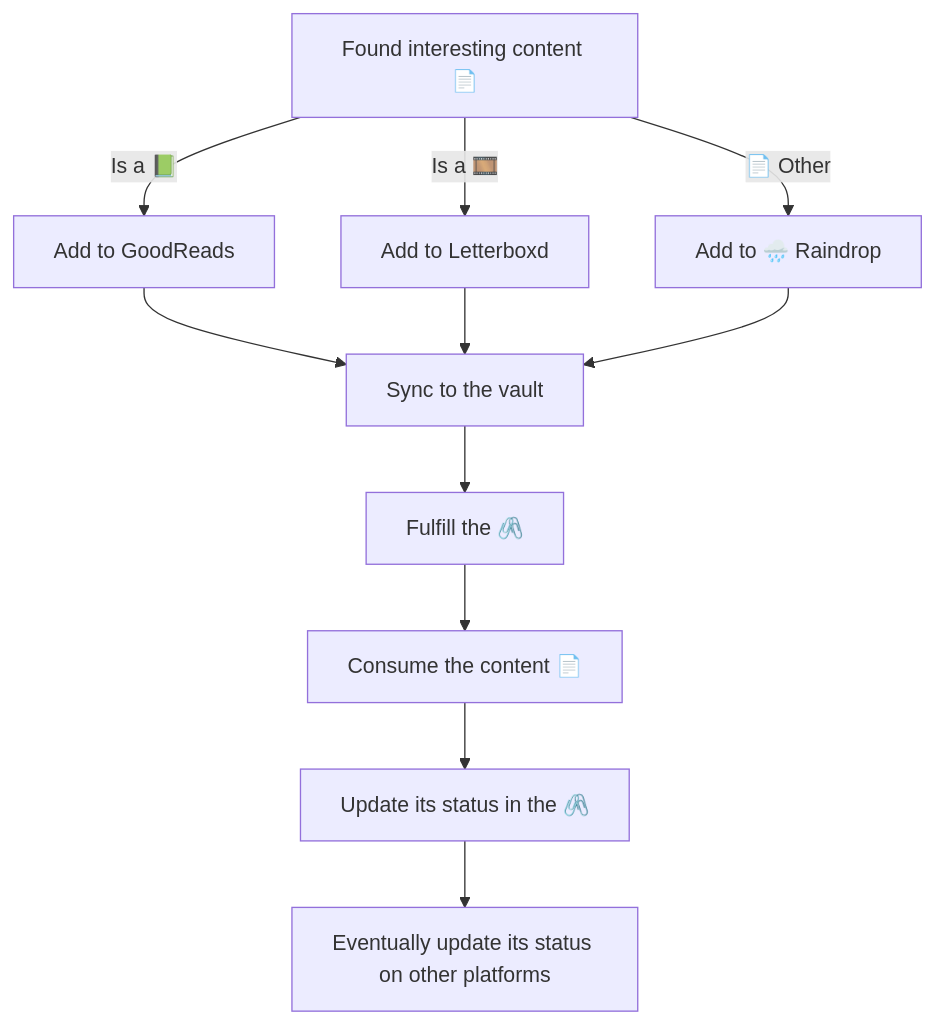
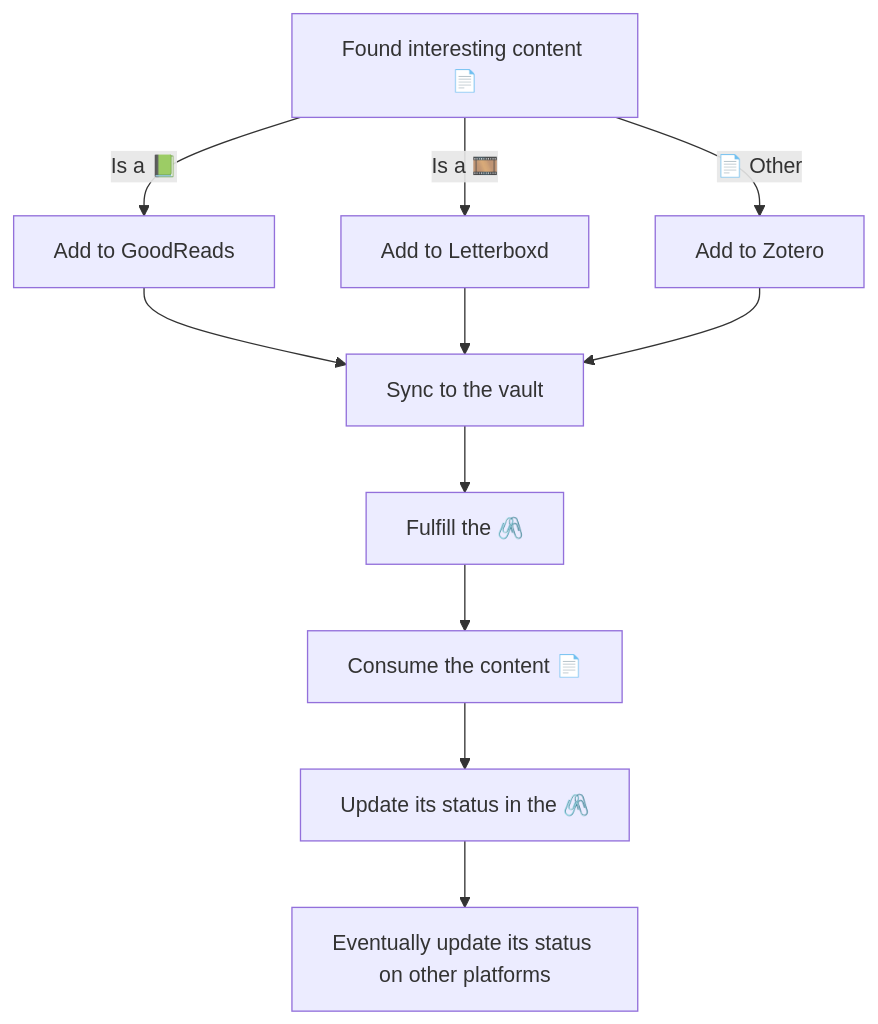
Before and after one commit to estebanthi/mindtopia: the diagram in src/site/notes/20 Me/24 Workflows/References.md, drawn with Mermaid.

Commit message:
Update note 20 Me/24 Workflows/References.md

````diff
--- a/src/site/notes/20 Me/24 Workflows/References.md
+++ b/src/site/notes/20 Me/24 Workflows/References.md
@@ -10,14 +10,14 @@
 ```mermaid
 graph TD;
 	A["Found interesting content 📄"]
 	A -->|"Is a 📗"|B["Add to GoodReads"]
 	A -->|"Is a 🎞️"|C["Add to Letterboxd"]
-	A -->|"📄 Other"|D["Add to 🌧️ Raindrop"]
+	A -->|"📄 Other"|D["Add to Zotero"]
 	B --> E["Sync to the vault"]
 	C --> E
 	D --> E
 	E --> F["Fulfill the 🖇️"]
 	F --> G["Consume the content 📄"]
 	G --> H["Update its status in the 🖇️"]
 	H --> I["Eventually update its status on other platforms"]
 ```
````
